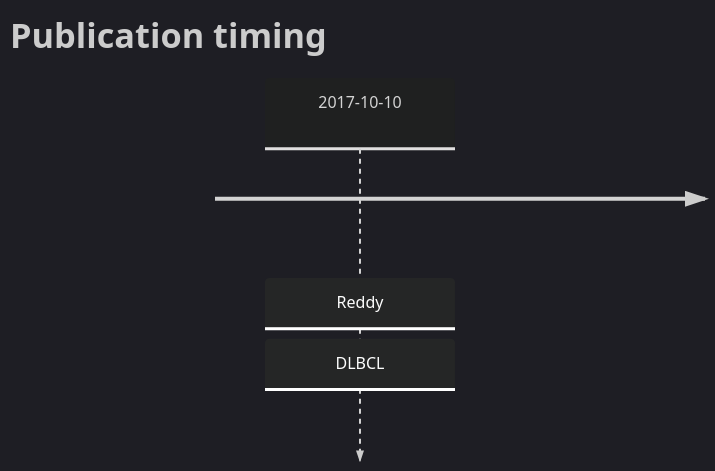
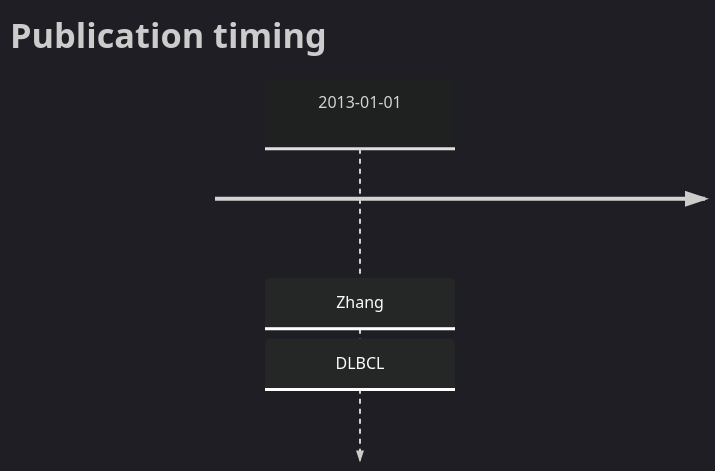
The diagram in BTBD3.md (morinlab/lymphopedia), drawn with Mermaid before and after one commit.

Commit message:
update refs

````diff
--- a/BTBD3.md
+++ b/BTBD3.md
@@ -11,6 +11,6 @@
 ```mermaid
 %%{init: { 'logLevel': 'debug', 'theme': 'dark' } }%%
 timeline
     title Publication timing
-      2017-10-10 : Reddy : DLBCL
+      2013-01-01 : Zhang : DLBCL
 ```
````
